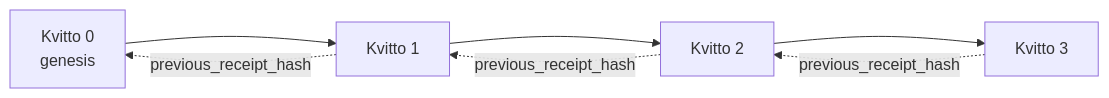
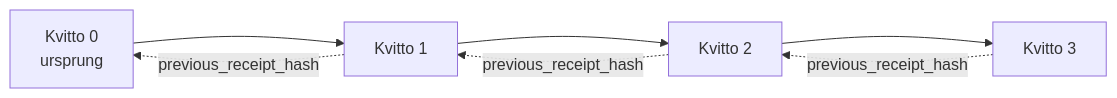
One commit to microsoft/ai-agents-for-beginners changed the second of 2 diagrams in translations/sv/18-securing-ai-agents/README.md. Above: the diagram before and after it, drawn with Mermaid. The commit also changed other lines of this file and 227 other files, not shown here.

````diff
--- a/translations/sv/18-securing-ai-agents/README.md
+++ b/translations/sv/18-securing-ai-agents/README.md
@@ -206,9 +206,9 @@
 ```mermaid
 flowchart LR
-    R0[Kvitto 0<br/>genesis] --> R1[Kvitto 1]
+    R0[Kvitto 0<br/>ursprung] --> R1[Kvitto 1]
     R1 --> R2[Kvitto 2]
     R2 --> R3[Kvitto 3]
     R1 -. previous_receipt_hash .-> R0
     R2 -. previous_receipt_hash .-> R1
     R3 -. previous_receipt_hash .-> R2
 ```
````
